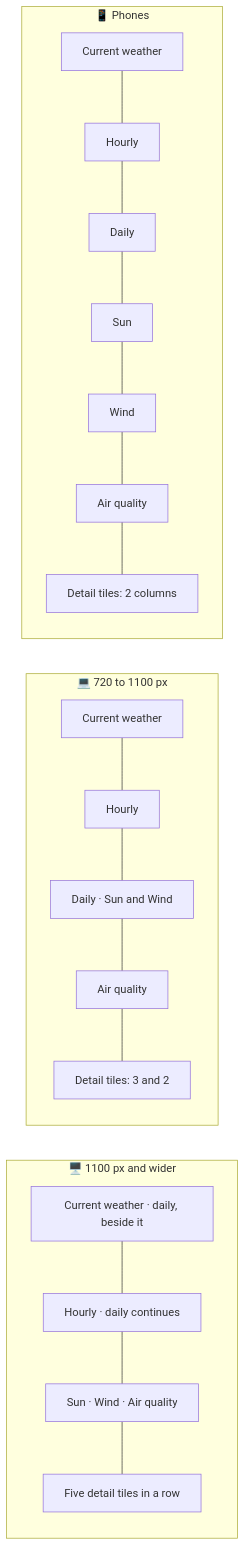
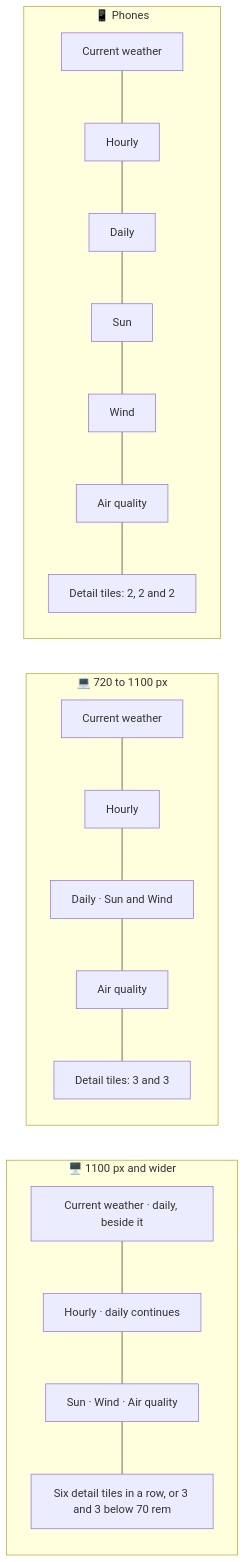
The diagram in docs/design.md (sacrificed666/next-weather-app), drawn with Mermaid before and after one commit. The commit also changed other lines of this file and 50 other files, not shown here.

````diff
--- a/docs/design.md
+++ b/docs/design.md
@@ -15,15 +15,15 @@
 ```mermaid
 flowchart LR
   subgraph Wide["🖥️ 1100 px and wider"]
     direction TB
-    W1["Current weather · daily, beside it"] --- W2["Hourly · daily continues"] --- W3["Sun · Wind · Air quality"] --- W4["Five detail tiles in a row"]
+    W1["Current weather · daily, beside it"] --- W2["Hourly · daily continues"] --- W3["Sun · Wind · Air quality"] --- W4["Six detail tiles in a row, or 3 and 3 below 70 rem"]
   end
   subgraph Tablet["💻 720 to 1100 px"]
     direction TB
-    T1[Current weather] --- T2[Hourly] --- T3["Daily · Sun and Wind"] --- T4[Air quality] --- T5["Detail tiles: 3 and 2"]
+    T1[Current weather] --- T2[Hourly] --- T3["Daily · Sun and Wind"] --- T4[Air quality] --- T5["Detail tiles: 3 and 3"]
   end
   subgraph Phone["📱 Phones"]
     direction TB
-    P1[Current weather] --- P2[Hourly] --- P3[Daily] --- P4[Sun] --- P5[Wind] --- P6[Air quality] --- P7["Detail tiles: 2 columns"]
+    P1[Current weather] --- P2[Hourly] --- P3[Daily] --- P4[Sun] --- P5[Wind] --- P6[Air quality] --- P7["Detail tiles: 2, 2 and 2"]
   end
 ```
````
